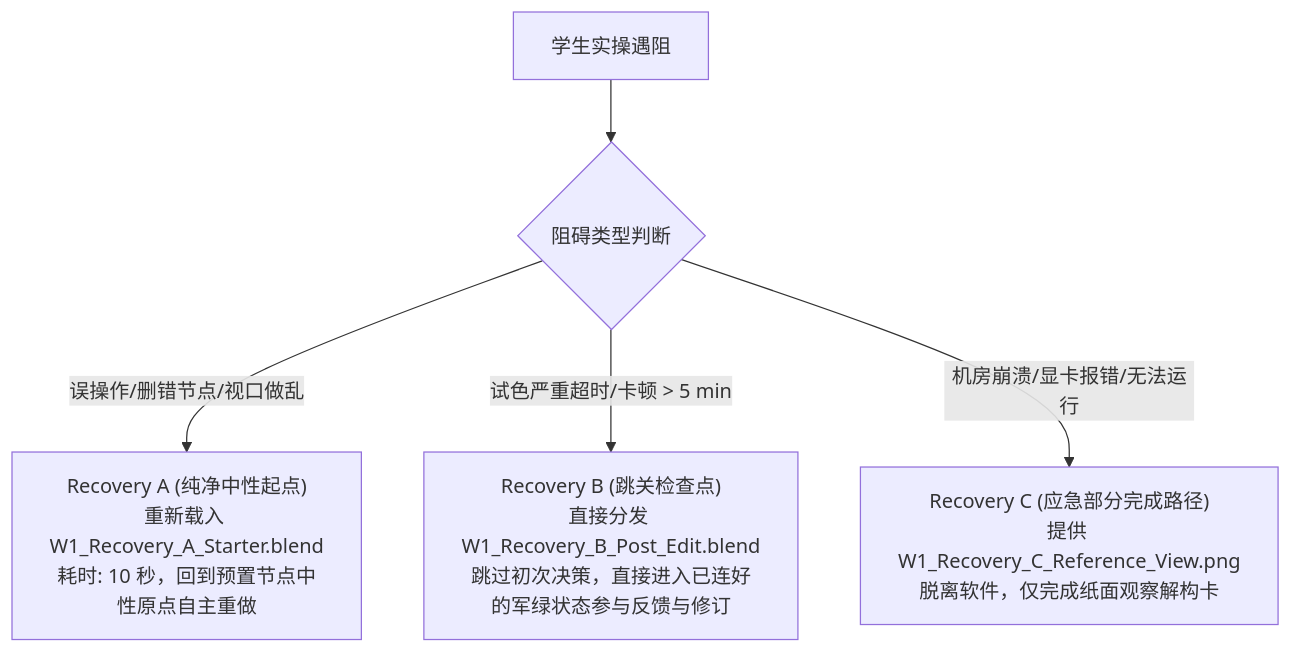
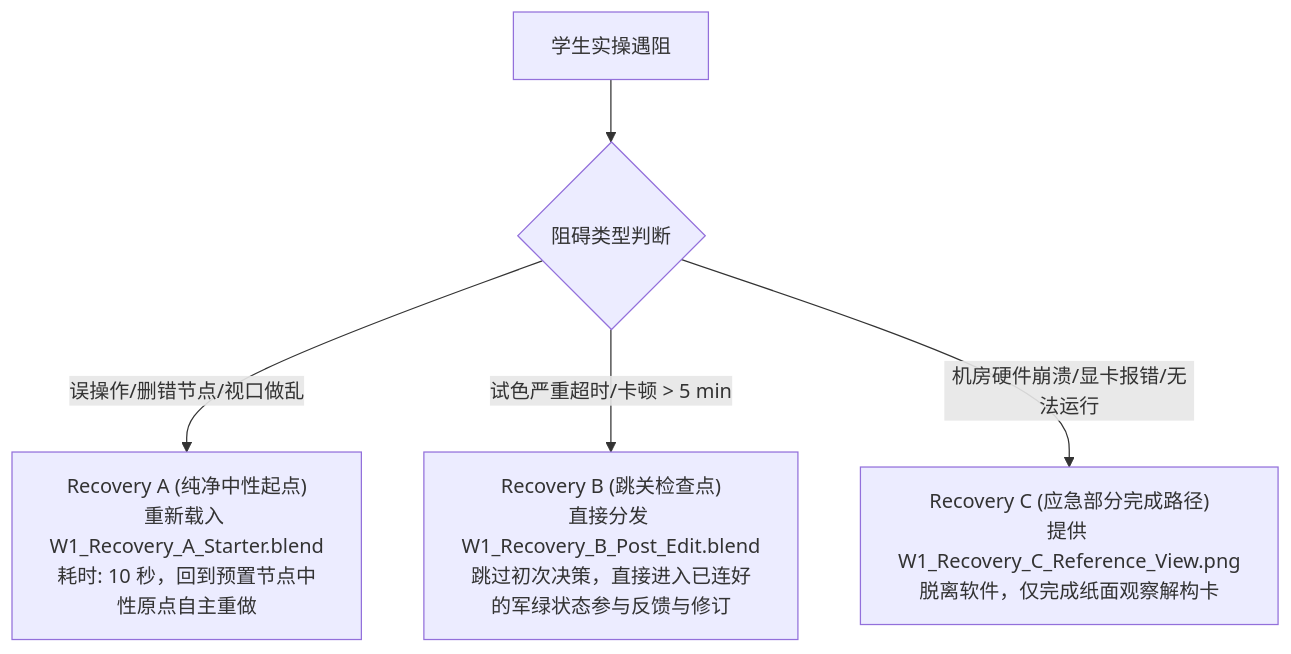
One commit to carllx/corso-pbr-materials changed the diagram in docs/research/week1-executable-teaching-package-v0.1.md. Above: the diagram before and after it, drawn with Mermaid. The commit also changed other lines of this file and 4 other files, not shown here.

````diff
--- a/docs/research/week1-executable-teaching-package-v0.1.md
+++ b/docs/research/week1-executable-teaching-package-v0.1.md
@@ -175,7 +192,7 @@
 ```mermaid
 flowchart TD
     Start["学生实操遇阻"] --> Cond{"阻碍类型判断"}
     Cond -->|误操作/删错节点/视口做乱| RecA["Recovery A (纯净中性起点)<br>重新载入 W1_Recovery_A_Starter.blend<br>耗时: 10 秒，回到预置节点中性原点自主重做"]
     Cond -->|试色严重超时/卡顿 > 5 min| RecB["Recovery B (跳关检查点)<br>直接分发 W1_Recovery_B_Post_Edit.blend<br>跳过初次决策，直接进入已连好的军绿状态参与反馈与修订"]
-    Cond -->|机房崩溃/显卡报错/无法运行| RecC["Recovery C (应急部分完成路径)<br>提供 W1_Recovery_C_Reference_View.png<br>脱离软件，仅完成纸面观察解构卡"]
+    Cond -->|机房硬件崩溃/显卡报错/无法运行| RecC["Recovery C (应急部分完成路径)<br>提供 W1_Recovery_C_Reference_View.png<br>脱离软件，仅完成纸面观察解构卡"]
 ```
````
